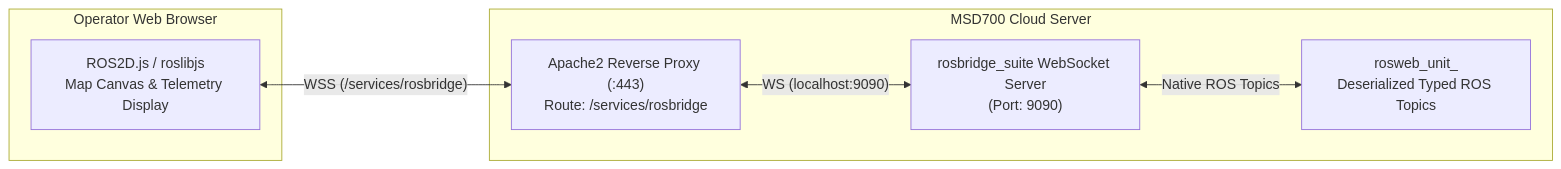
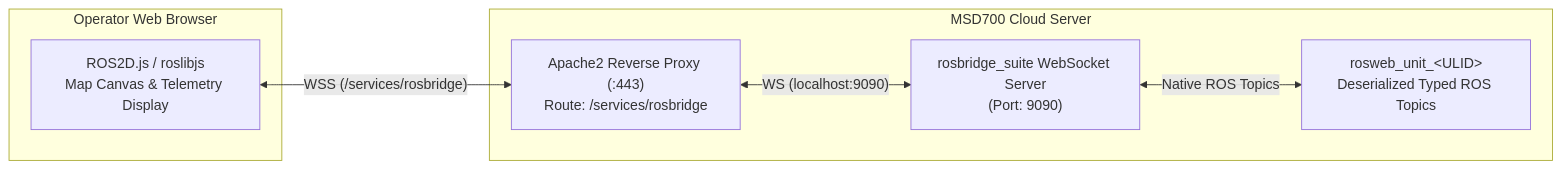
The diagram in docs/development/rosbridge-protocol.md (itbdelaboprogramming/msd700_documentation), drawn with Mermaid before and after one commit. The commit also changed 148 other files, not shown here.

First line of the commit message:
docs: render all mermaid diagrams to static draw.io-style PNGs

````diff
--- a/docs/development/rosbridge-protocol.md
+++ b/docs/development/rosbridge-protocol.md
@@ -16,16 +16,16 @@
 ```mermaid
 flowchart LR
   subgraph BrowserClient["Operator Web Browser"]
     JS_CLIENT["ROS2D.js / roslibjs<br/>Map Canvas & Telemetry Display"]
   end
 
   subgraph CloudServer["MSD700 Cloud Server"]
     APACHE["Apache2 Reverse Proxy (:443)<br/>Route: /services/rosbridge"]
     ROSBRIDGE["rosbridge_suite WebSocket Server<br/>(Port: 9090)"]
-    RELAY["rosweb_unit_<ULID><br/>Deserialized Typed ROS Topics"]
+    RELAY["rosweb_unit_#lt;ULID#gt;<br/>Deserialized Typed ROS Topics"]
   end
 
   JS_CLIENT <-->|"WSS (/services/rosbridge)"| APACHE
   APACHE <-->|"WS (localhost:9090)"| ROSBRIDGE
   ROSBRIDGE <-->|"Native ROS Topics"| RELAY
 ```
````
